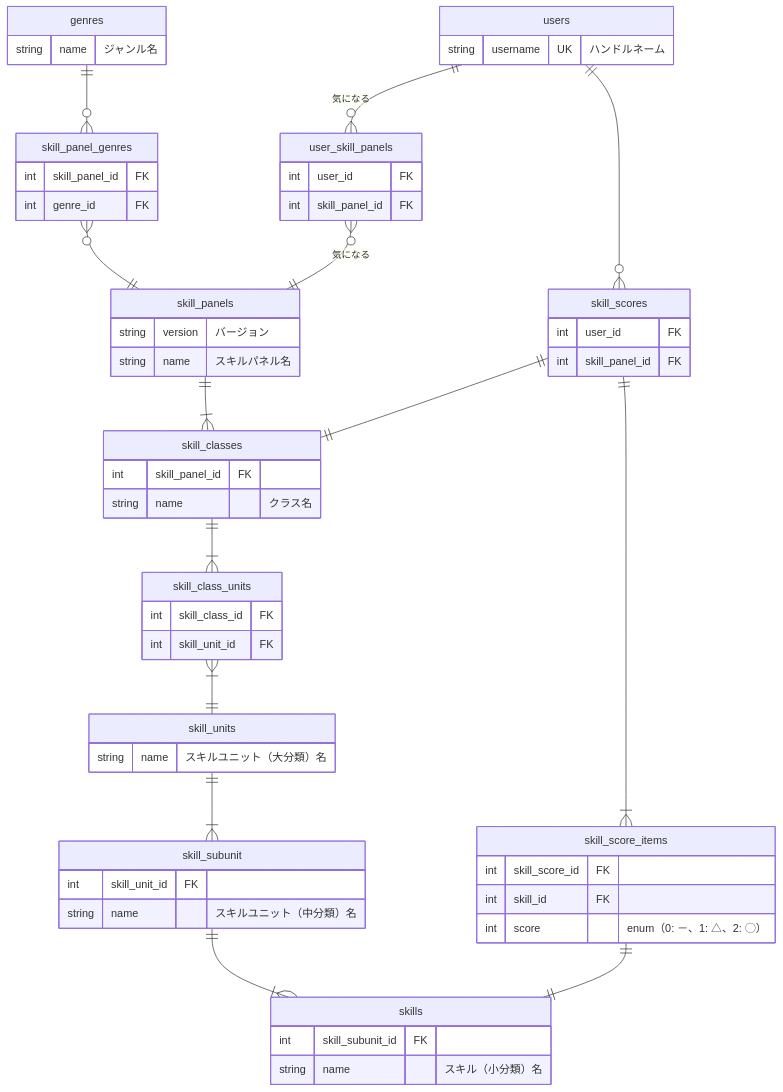
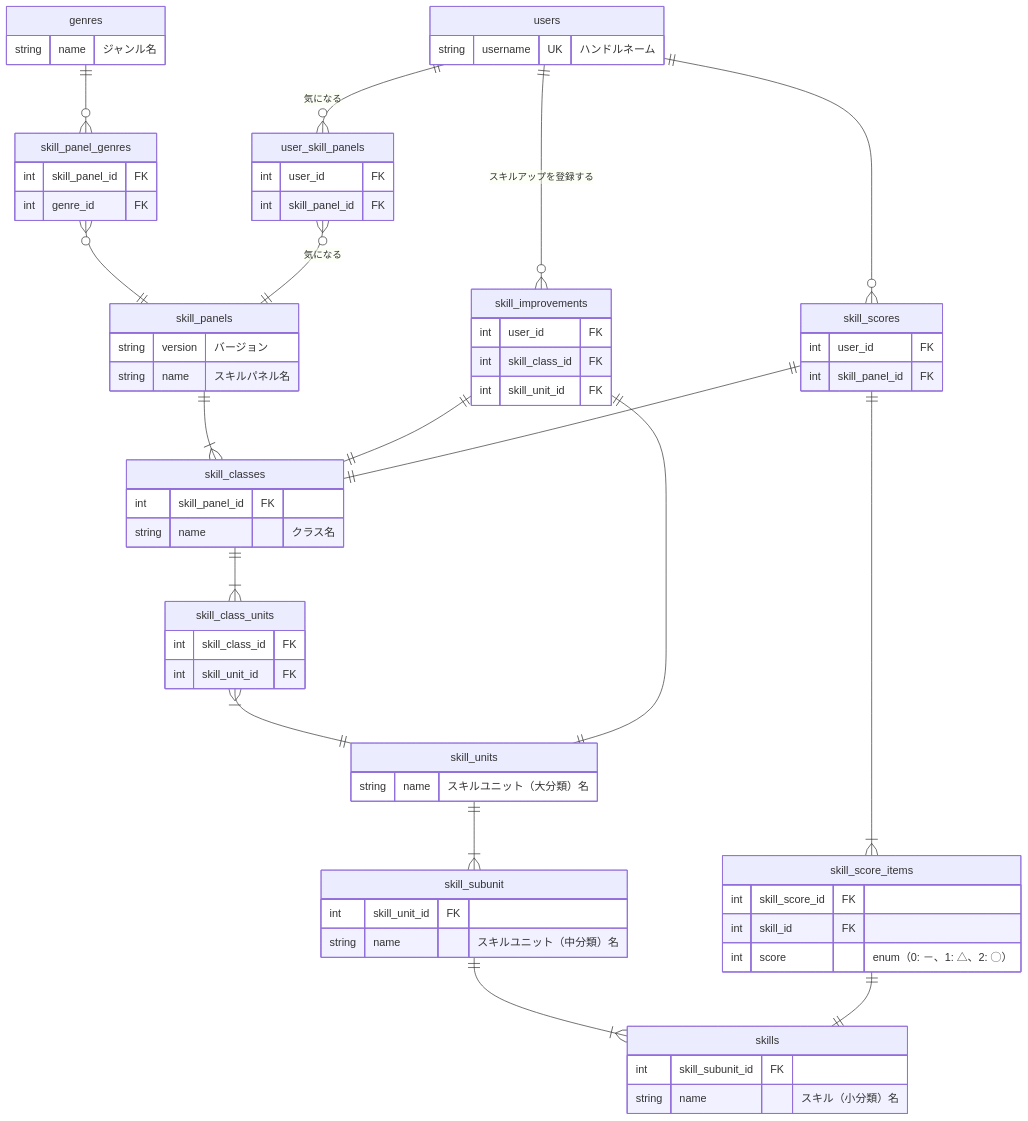
The second of 2 diagrams in docs/conceptual_schemas/skills.md (bright-org/bright), drawn with Mermaid before and after one commit. The commit also changed other lines of this file, not shown here.

Commit message:
docs: add physical schema of "スキルアップ" for skills

```diff
--- a/docs/conceptual_schemas/skills.md
+++ b/docs/conceptual_schemas/skills.md
@@ -54,6 +54,9 @@
   skill_panel_genres }o--|| skill_panels : ""
   users ||--o{ user_skill_panels : "気になる"
   user_skill_panels }o--|| skill_panels : "気になる"
+  users ||--o{ skill_improvements : "スキルアップを登録する"
+  skill_improvements ||--|| skill_classes : ""
+  skill_improvements ||--|| skill_units : ""
   users ||--o{ skill_scores : ""
   skill_scores ||--|| skill_classes : ""
   skill_scores ||--|{ skill_score_items : ""
@@ -106,6 +109,12 @@
     int skill_panel_id FK
   }
 
+  skill_improvements {
+    int user_id FK
+    int skill_class_id FK
+    int skill_unit_id FK
+  }
+
   skill_scores {
     int user_id FK
     int skill_panel_id FK
```
